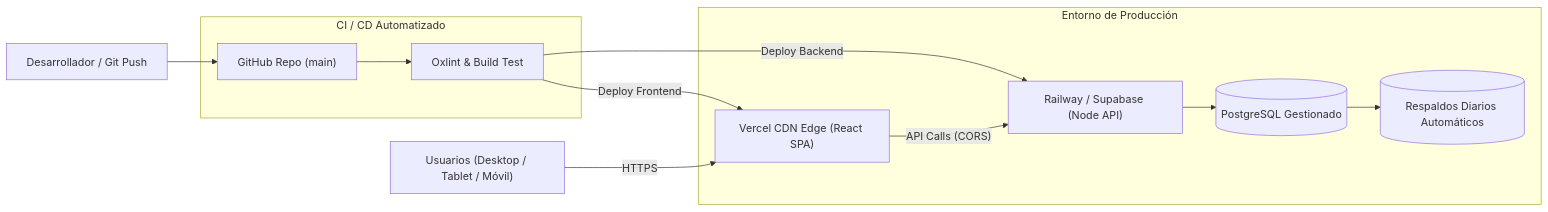
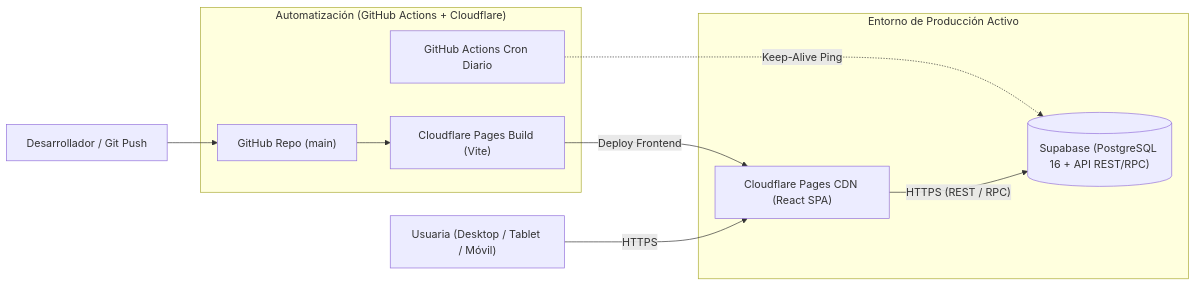
One commit to MatthewR54/Vivero changed the sixth of 6 diagrams in ARCHITECTURE.md. Above: the diagram before and after it, drawn with Mermaid. The commit also changed other lines of this file and 13 other files, not shown here.

````diff
--- a/ARCHITECTURE.md
+++ b/ARCHITECTURE.md
@@ -243,18 +217,18 @@
 ```mermaid
 flowchart LR
     Dev["Desarrollador / Git Push"] --> GitHub["GitHub Repo (main)"]
     
-    subgraph CI_CD ["CI / CD Automatizado"]
-        GitHub --> ActionLint["Oxlint & Build Test"]
+    subgraph CI_CD ["Automatización (GitHub Actions + Cloudflare)"]
+        GitHub --> CFBuild["Cloudflare Pages Build (Vite)"]
+        Cron["GitHub Actions Cron Diario"]
     end
 
-    subgraph Produccion ["Entorno de Producción"]
-        ActionLint -->|"Deploy Frontend"| Vercel["Vercel CDN Edge (React SPA)"]
-        ActionLint -->|"Deploy Backend"| Railway["Railway / Supabase (Node API)"]
-        Railway --> ManagedPG[("PostgreSQL Gestionado")]
-        ManagedPG --> S3Snapshots[("Respaldos Diarios Automáticos")]
+    subgraph Produccion ["Entorno de Producción Activo"]
+        CFBuild -->|"Deploy Frontend"| CFPages["Cloudflare Pages CDN (React SPA)"]
+        Supabase[("Supabase (PostgreSQL 16 + API REST/RPC)")]
+        Cron -.->|"Keep-Alive Ping"| Supabase
     end
 
-    Users["Usuarios (Desktop / Tablet / Móvil)"] -->|"HTTPS"| Vercel
-    Vercel -->|"API Calls (CORS)"| Railway
+    Users["Usuaria (Desktop / Tablet / Móvil)"] -->|"HTTPS"| CFPages
+    CFPages -->|"HTTPS (REST / RPC)"| Supabase
 ```
````
